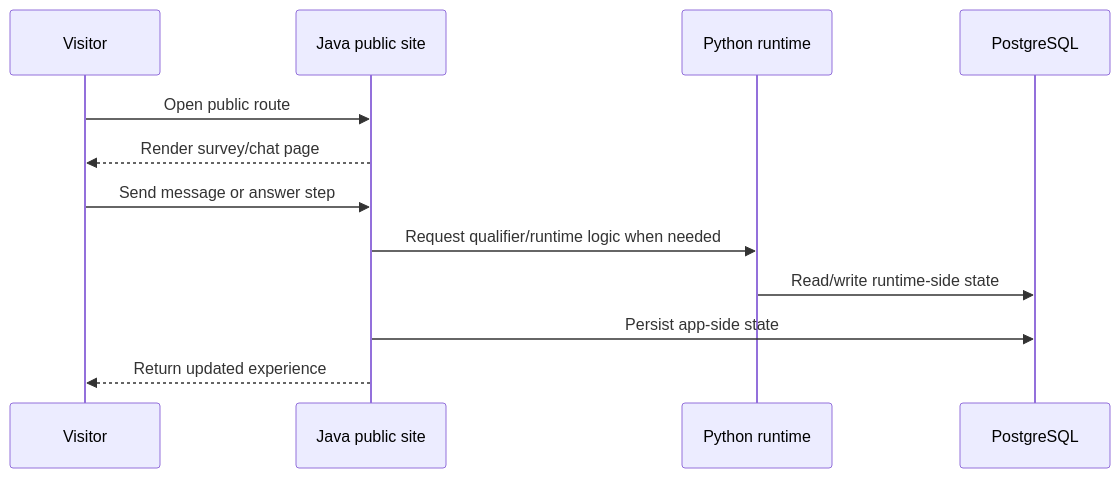
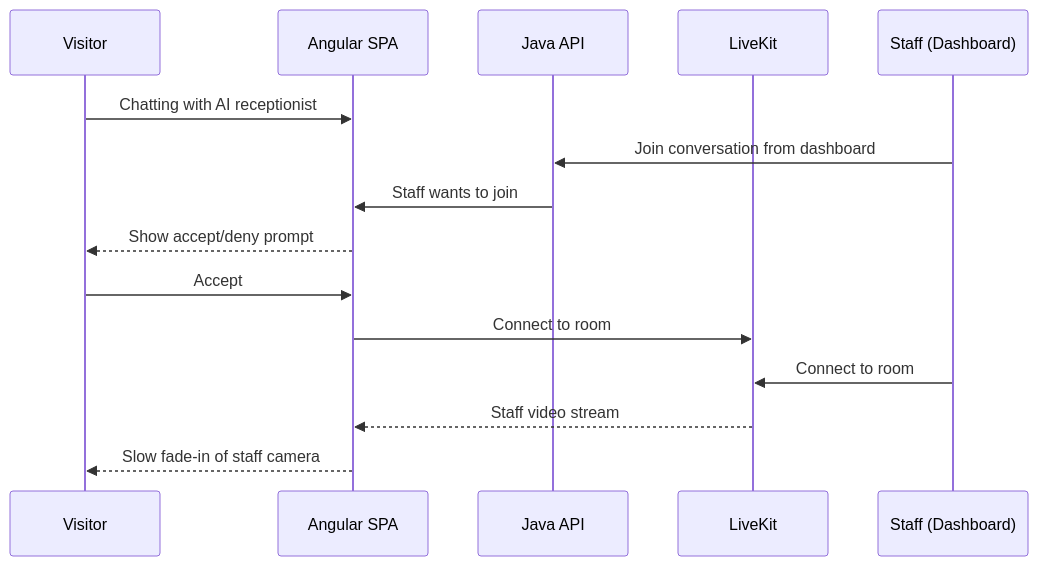
One commit to Codere11/ACE-RealEstate-Showcase changed the third of 4 diagrams in ARCHITECTURE.md. Above: the diagram before and after it, drawn with Mermaid. The commit also changed other lines of this file and 11 other files, not shown here.

````diff
--- a/ARCHITECTURE.md
+++ b/ARCHITECTURE.md
@@ -69,15 +87,18 @@
 ```mermaid
 sequenceDiagram
     participant V as Visitor
-    participant J as Java public site
-    participant P as Python runtime
-    participant DB as PostgreSQL
+    participant A as Angular SPA
+    participant J as Java API
+    participant L as LiveKit
+    participant M as Staff (Dashboard)
 
-    V->>J: Open public route
-    J-->>V: Render survey/chat page
-    V->>J: Send message or answer step
-    J->>P: Request qualifier/runtime logic when needed
-    P->>DB: Read/write runtime-side state
-    J->>DB: Persist app-side state
-    J-->>V: Return updated experience
+    V->>A: Chatting with AI receptionist
+    M->>J: Join conversation from dashboard
+    J->>A: Staff wants to join
+    A-->>V: Show accept/deny prompt
+    V->>A: Accept
+    A->>L: Connect to room
+    M->>L: Connect to room
+    L-->>A: Staff video stream
+    A-->>V: Slow fade-in of staff camera
 ```
````
